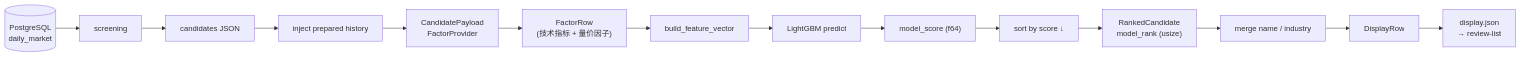
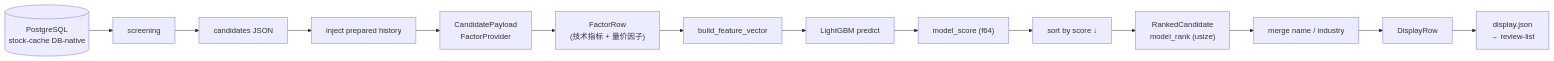
The third of 3 diagrams in docs/architecture.md (T0n0T/stock-select), drawn with Mermaid before and after one commit. The commit also changed other lines of this file and 41 other files, not shown here.

````diff
--- a/docs/architecture.md
+++ b/docs/architecture.md
@@ -288,20 +287,20 @@
 ```mermaid
 flowchart LR
-    PG[("PostgreSQL<br/>daily_market")] --> SC["screening"]
+    PG[("PostgreSQL<br/>stock-cache DB-native")] --> SC["screening"]
     SC --> CJ["candidates JSON"]
 
     CJ --> CPI["inject prepared history"]
     CPI --> FP["CandidatePayload<br/>FactorProvider"]
     FP --> FR["FactorRow<br/>(技术指标 + 量价因子)"]
 
     FR --> BF["build_feature_vector"]
     BF --> LGB["LightGBM predict"]
     LGB --> MS["model_score (f64)"]
 
     MS --> SORT["sort by score ↓"]
     SORT --> RC["RankedCandidate<br/>model_rank (usize)"]
 
     RC --> MERGE["merge name / industry"]
     MERGE --> DR["DisplayRow"]
     DR --> RL["display.json<br/>→ review-list"]
 ```
````
